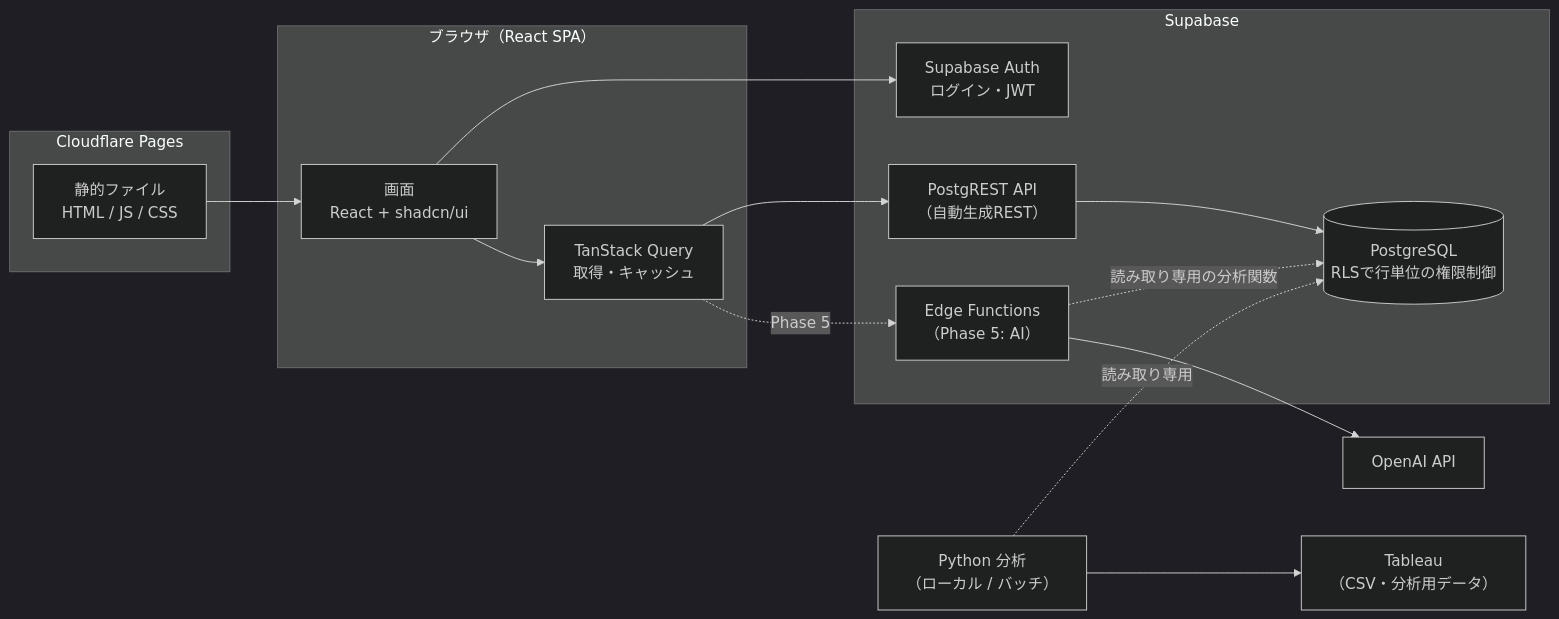
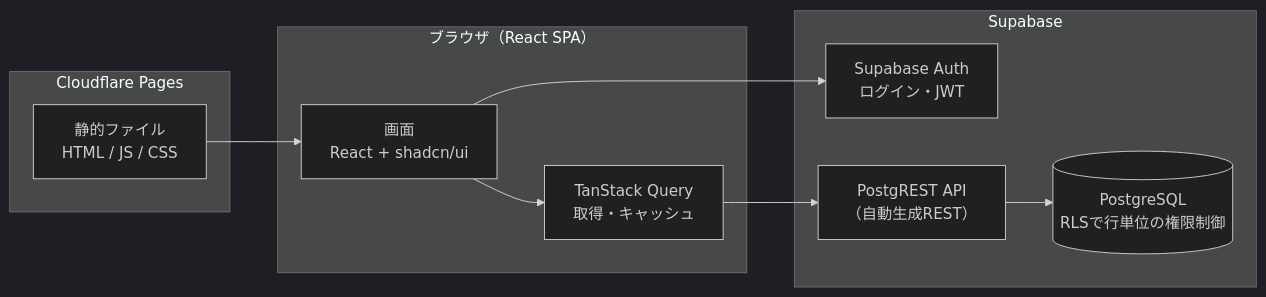
Before and after one commit to yuwiekiwi-oss/MJNexus: the first of 2 diagrams in docs/architecture.md, drawn with Mermaid (dark theme). The commit also changed other lines of this file and 92 other files, not shown here.

````diff
--- a/docs/architecture.md
+++ b/docs/architecture.md
@@ -7,27 +9,19 @@
 ```mermaid
 flowchart LR
   subgraph Browser["ブラウザ（React SPA）"]
     UI["画面<br/>React + shadcn/ui"]
     Q["TanStack Query<br/>取得・キャッシュ"]
   end
   subgraph CF["Cloudflare Pages"]
     Static["静的ファイル<br/>HTML / JS / CSS"]
   end
   subgraph SB["Supabase"]
     Auth["Supabase Auth<br/>ログイン・JWT"]
     API["PostgREST API<br/>（自動生成REST）"]
     DB[("PostgreSQL<br/>RLSで行単位の権限制御")]
-    EF["Edge Functions<br/>（Phase 5: AI）"]
   end
-  OpenAI["OpenAI API"]
-  Py["Python 分析<br/>（ローカル / バッチ）"]
-  Tableau["Tableau<br/>（CSV・分析用データ）"]
 
   Static --> UI
   UI --> Q --> API --> DB
   UI --> Auth
-  Q -. Phase 5 .-> EF --> OpenAI
-  EF -. 読み取り専用の分析関数 .-> DB
-  Py -. 読み取り専用 .-> DB
-  Py --> Tableau
 ```
````
